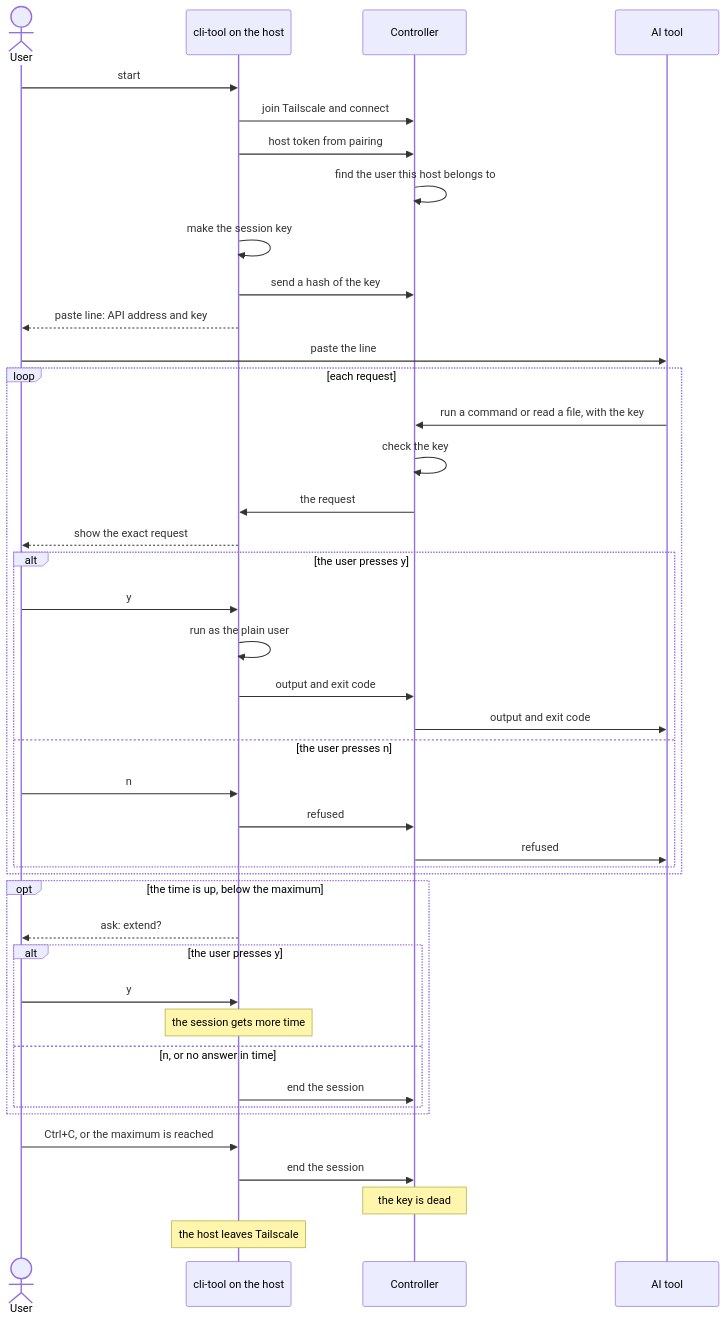
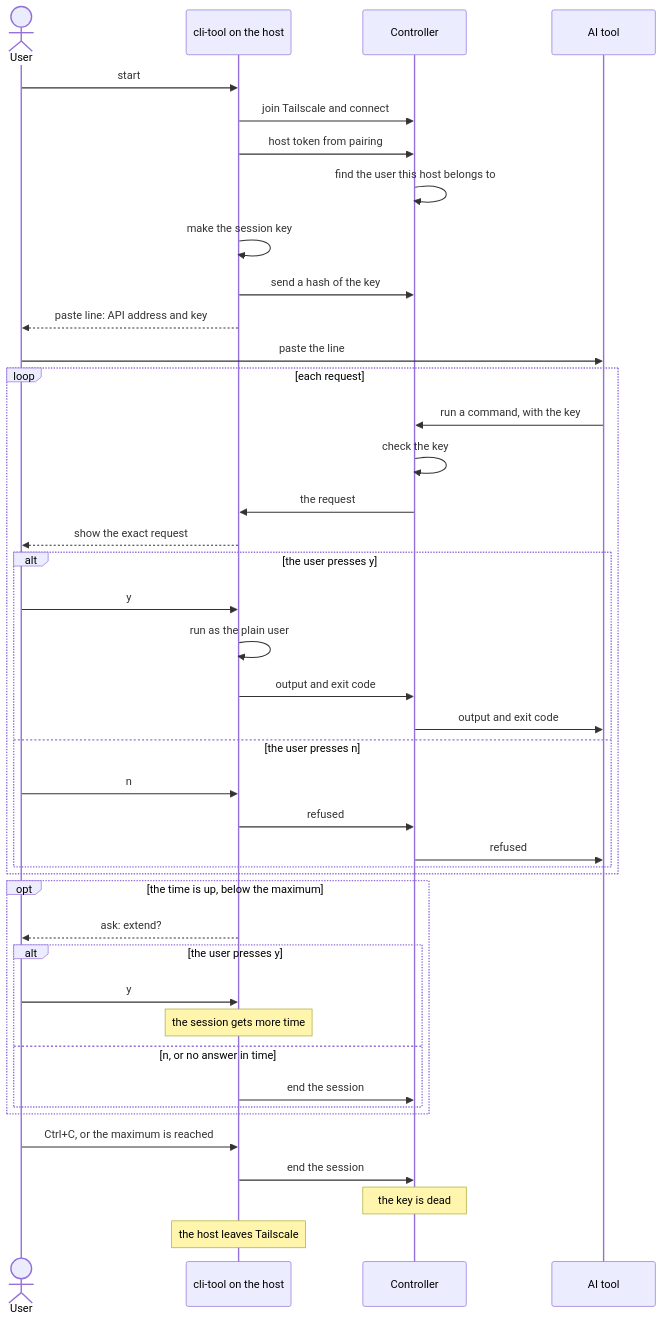
The second of 8 diagrams in docs/diagrams.md (kdop/gangway), drawn with Mermaid before and after one commit. The commit also changed 13 other files, not shown here.

````diff
--- a/docs/diagrams.md
+++ b/docs/diagrams.md
@@ -41,48 +41,48 @@
 ```mermaid
 sequenceDiagram
   actor K as User
   participant C as cli-tool on the host
   participant S as Controller
   participant A as AI tool
 
   K->>C: start
   C->>S: join Tailscale and connect
   C->>S: host token from pairing
   S->>S: find the user this host belongs to
   C->>C: make the session key
   C->>S: send a hash of the key
   C-->>K: paste line: API address and key
   K->>A: paste the line
 
   loop each request
-    A->>S: run a command or read a file, with the key
+    A->>S: run a command, with the key
     S->>S: check the key
     S->>C: the request
     C-->>K: show the exact request
     alt the user presses y
       K->>C: y
       C->>C: run as the plain user
       C->>S: output and exit code
       S->>A: output and exit code
     else the user presses n
       K->>C: n
       C->>S: refused
       S->>A: refused
     end
   end
 
   opt the time is up, below the maximum
     C-->>K: ask: extend?
     alt the user presses y
       K->>C: y
       Note over C: the session gets more time
     else n, or no answer in time
       C->>S: end the session
     end
   end
 
   K->>C: Ctrl+C, or the maximum is reached
   C->>S: end the session
   Note over S: the key is dead
   Note over C: the host leaves Tailscale
 ```
````
